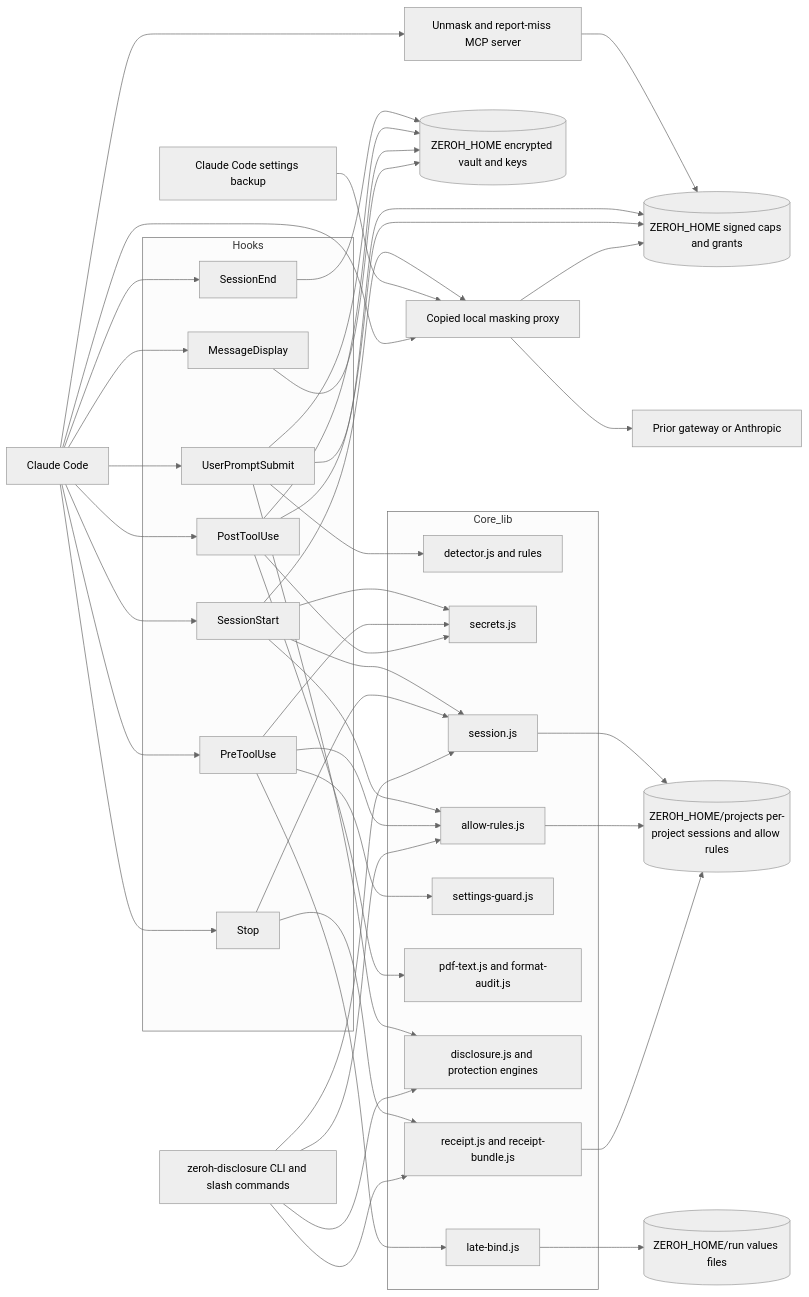
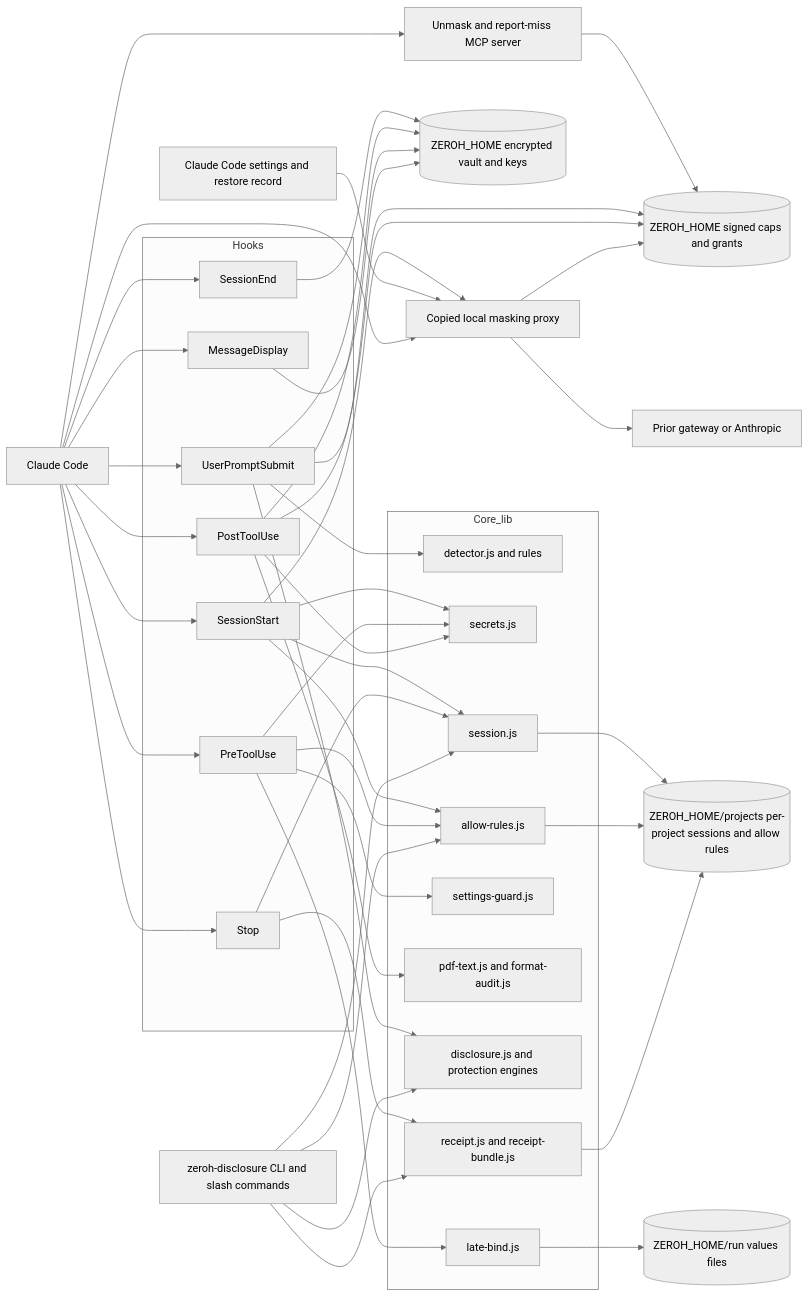
One commit to Blade-Labs/zeroh-marketplace changed the first of 2 diagrams in plugins/zeroh-disclosure/docs/architecture.md. Above: the diagram before and after it, drawn with Mermaid (neutral theme). The commit also changed other lines of this file and 13 other files, not shown here.

Commit message:
Docs: a README a first-time reader can follow; diagram renders on GitHub

````diff
--- a/plugins/zeroh-disclosure/docs/architecture.md
+++ b/plugins/zeroh-disclosure/docs/architecture.md
@@ -22,56 +26,56 @@
 ```mermaid
 flowchart LR
     CC[Claude Code]
 
     subgraph Hooks
         SS[SessionStart]
         UP[UserPromptSubmit]
         PRE[PreToolUse]
         POST[PostToolUse]
         MD[MessageDisplay]
         STOP[Stop]
         END[SessionEnd]
     end
 
     subgraph Core_lib
         DET[detector.js and rules]
         SEC[secrets.js]
         LB[late-bind.js]
         DEST[allow-rules.js]
         GUARD[settings-guard.js]
         PDF[pdf-text.js and format-audit.js]
         DISC[disclosure.js and protection engines]
         REC[receipt.js and receipt-bundle.js]
         SES[session.js]
     end
 
     VAULT[(ZEROH_HOME encrypted vault and keys)]
     RUN[(ZEROH_HOME/run values files)]
     PROJECT[(ZEROH_HOME/projects per-project sessions and allow rules)]
     CLI[zeroh-disclosure CLI and slash commands]
     PROXY[Copied local masking proxy]
-    SETTINGS[Claude Code settings backup]
+    SETTINGS[Claude Code settings and restore record]
     UPSTREAM[Prior gateway or Anthropic]
     MCP[Unmask and report-miss MCP server]
     GRANTS[(ZEROH_HOME signed caps and grants)]
 
     CC --> SS & UP & PRE & POST & MD & STOP & END
     END --> VAULT
     SS --> SEC & SES & DEST
     UP --> DET & DISC & VAULT
     PRE --> GUARD & SEC & DEST & LB
     LB --> RUN
     POST --> SEC & PDF & VAULT
     MD --> VAULT
     STOP --> REC & SES
     SES --> PROJECT
     DEST --> PROJECT
     REC --> PROJECT
     CLI --> DEST & DISC & REC & SES
     SS --> PROXY
     SETTINGS --> PROXY
     CC --> PROXY --> UPSTREAM
     CC --> MCP
     MCP --> GRANTS
     UP & POST & PROXY --> GRANTS
 ```
````
